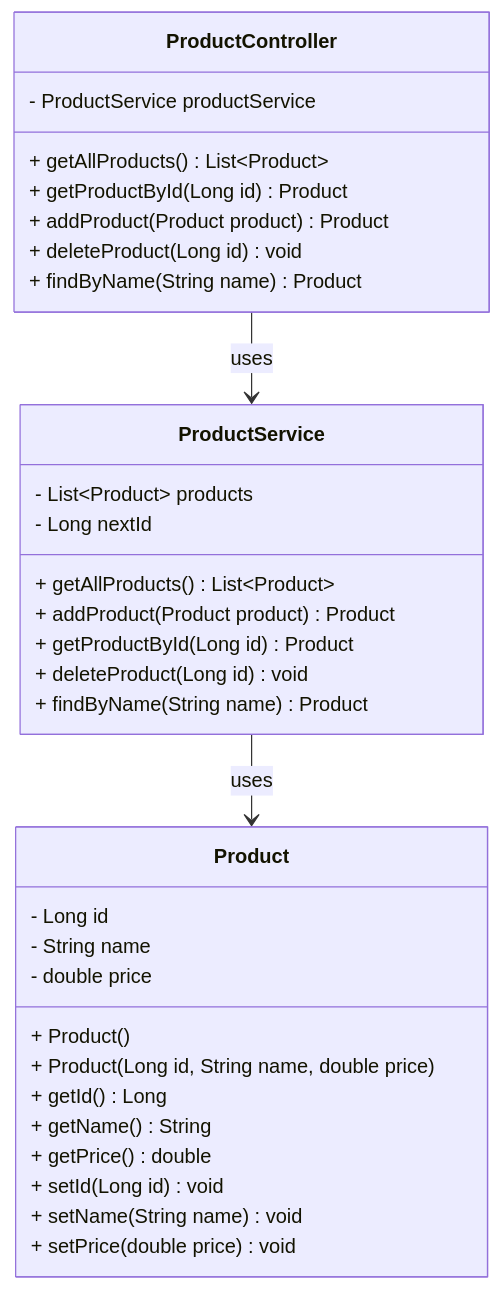
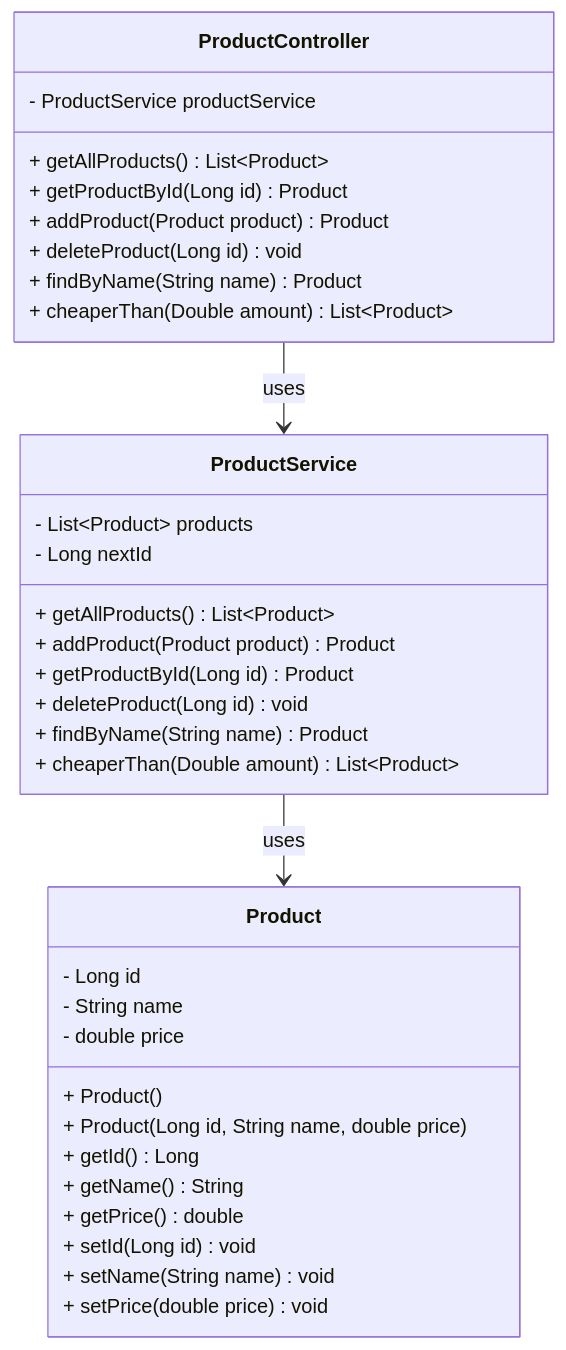
Before and after one commit to avatar-terminator/product-api: the diagram in docs/uml/Product.mermaid, drawn with Mermaid. The commit also changed 2 other files, not shown here.

Commit message:
Tutorial 3: Replace the Product list with a Map and added the cheaperThan API. Updated class diagrams.

```diff
--- a/docs/uml/Product.mermaid
+++ b/docs/uml/Product.mermaid
@@ -1,37 +1,39 @@
 classDiagram
     class Product {
         - Long id
         - String name
         - double price
         + Product()
         + Product(Long id, String name, double price)
         + getId() Long
         + getName() String
         + getPrice() double
         + setId(Long id) void
         + setName(String name) void
         + setPrice(double price) void
     }
 
     class ProductService {
         - List~Product~ products
         - Long nextId
         + getAllProducts() List~Product~
         + addProduct(Product product) Product
         + getProductById(Long id) Product
         + deleteProduct(Long id) void
         + findByName(String name) Product
+        + cheaperThan(Double amount) List~Product~
     }
 
     class ProductController {
         - ProductService productService
         + getAllProducts() List~Product~
         + getProductById(Long id) Product
         + addProduct(Product product) Product
         + deleteProduct(Long id) void
         + findByName(String name) Product
+        + cheaperThan(Double amount) List~Product~
     }
 
 
     ProductController --> ProductService : uses
     ProductService --> Product : uses
```
